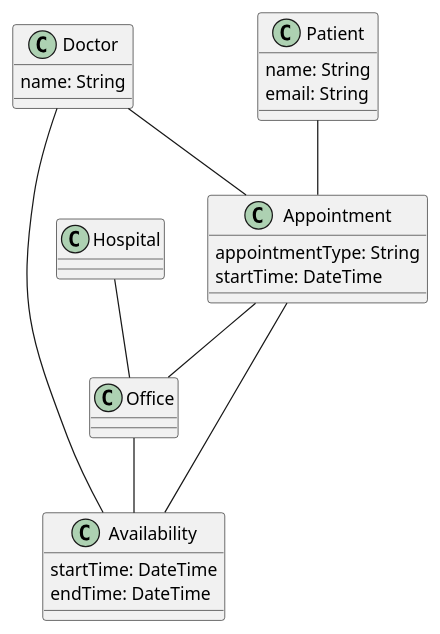
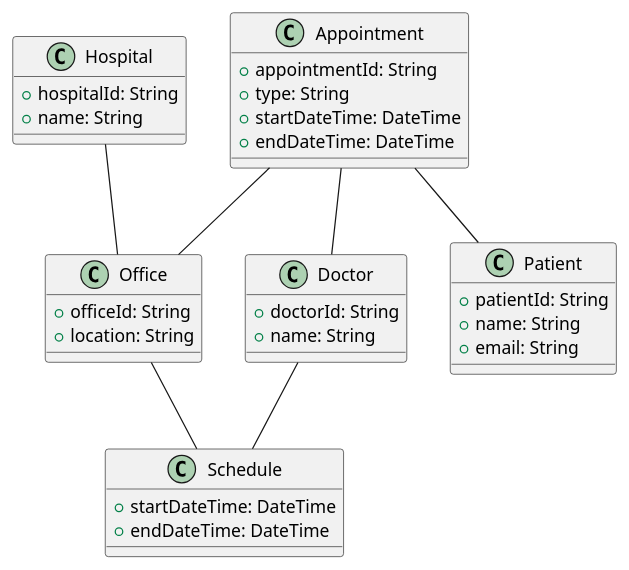
The diagram in output/single_agent/exercise_2_diagram.puml (LLM-29/A4Design), drawn with PlantUML before and after one commit. The commit also changed 10 other files, not shown here.

```diff
--- a/output/single_agent/exercise_2_diagram.puml
+++ b/output/single_agent/exercise_2_diagram.puml
@@ -1,28 +1,41 @@
 @startuml
 class Hospital {
+  +hospitalId: String
+  +name: String
 }
+
 class Office {
+  +officeId: String
+  +location: String
 }
+
 class Doctor {
-    name: String
+  +doctorId: String
+  +name: String
 }
+
 class Patient {
-    name: String
-    email: String
+  +patientId: String
+  +name: String
+  +email: String
 }
-class Availability {
-    startTime: DateTime
-    endTime: DateTime
+
+class Schedule {
+  +startDateTime: DateTime
+  +endDateTime: DateTime
 }
+
 class Appointment {
-    appointmentType: String
-    startTime: DateTime
+  +appointmentId: String
+  +type: String
+  +startDateTime: DateTime
+  +endDateTime: DateTime
 }
+
 Hospital -- Office
-Doctor -- Availability
-Office -- Availability
-Patient -- Appointment
-Doctor -- Appointment
+Doctor -- Schedule
+Office -- Schedule
+Appointment -- Doctor
+Appointment -- Patient
 Appointment -- Office
-Appointment -- Availability
 @enduml
```
